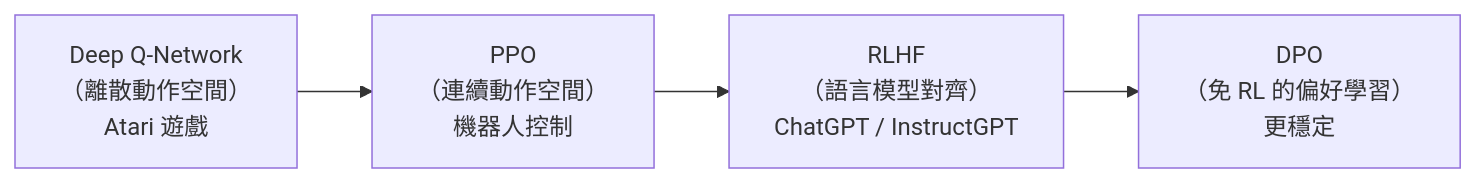
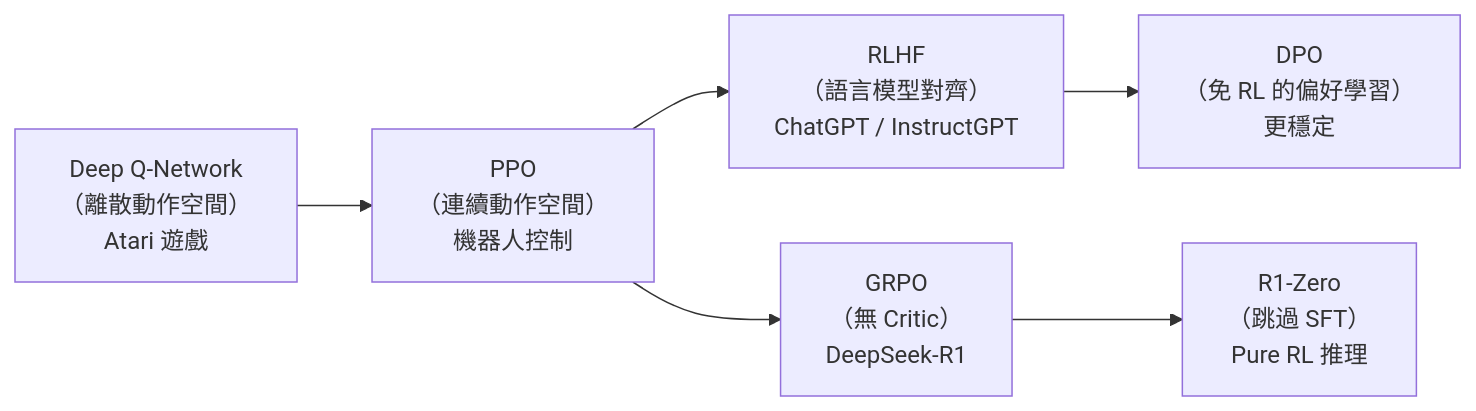
The first of 3 diagrams in lecture_notes/Knowledge Points/KP-09 - RLHF 與現代強化學習.md (xxleanlinxx/Stanford-ML-Specialization-LectureNote), drawn with Mermaid before and after one commit. The commit also changed other lines of this file and 28 other files, not shown here.

````diff
--- a/lecture_notes/Knowledge Points/KP-09 - RLHF 與現代強化學習.md
+++ b/lecture_notes/Knowledge Points/KP-09 - RLHF 與現代強化學習.md
@@ -31,6 +37,8 @@
 ```mermaid
 graph LR
     DQN["Deep Q-Network<br/>（離散動作空間）<br/>Atari 遊戲"] --> PPO["PPO<br/>（連續動作空間）<br/>機器人控制"]
     PPO --> RLHF["RLHF<br/>（語言模型對齊）<br/>ChatGPT / InstructGPT"]
     RLHF --> DPO["DPO<br/>（免 RL 的偏好學習）<br/>更穩定"]
+    PPO --> GRPO["GRPO<br/>（無 Critic）<br/>DeepSeek-R1"]
+    GRPO --> R1ZERO["R1-Zero<br/>（跳過 SFT）<br/>Pure RL 推理"]
 ```
````
